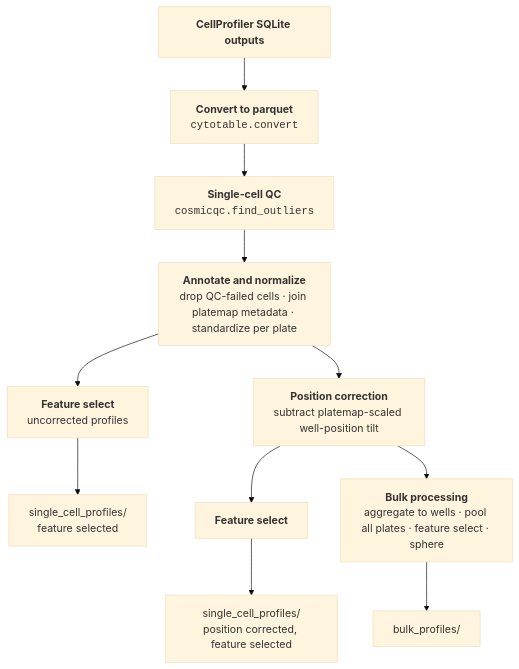
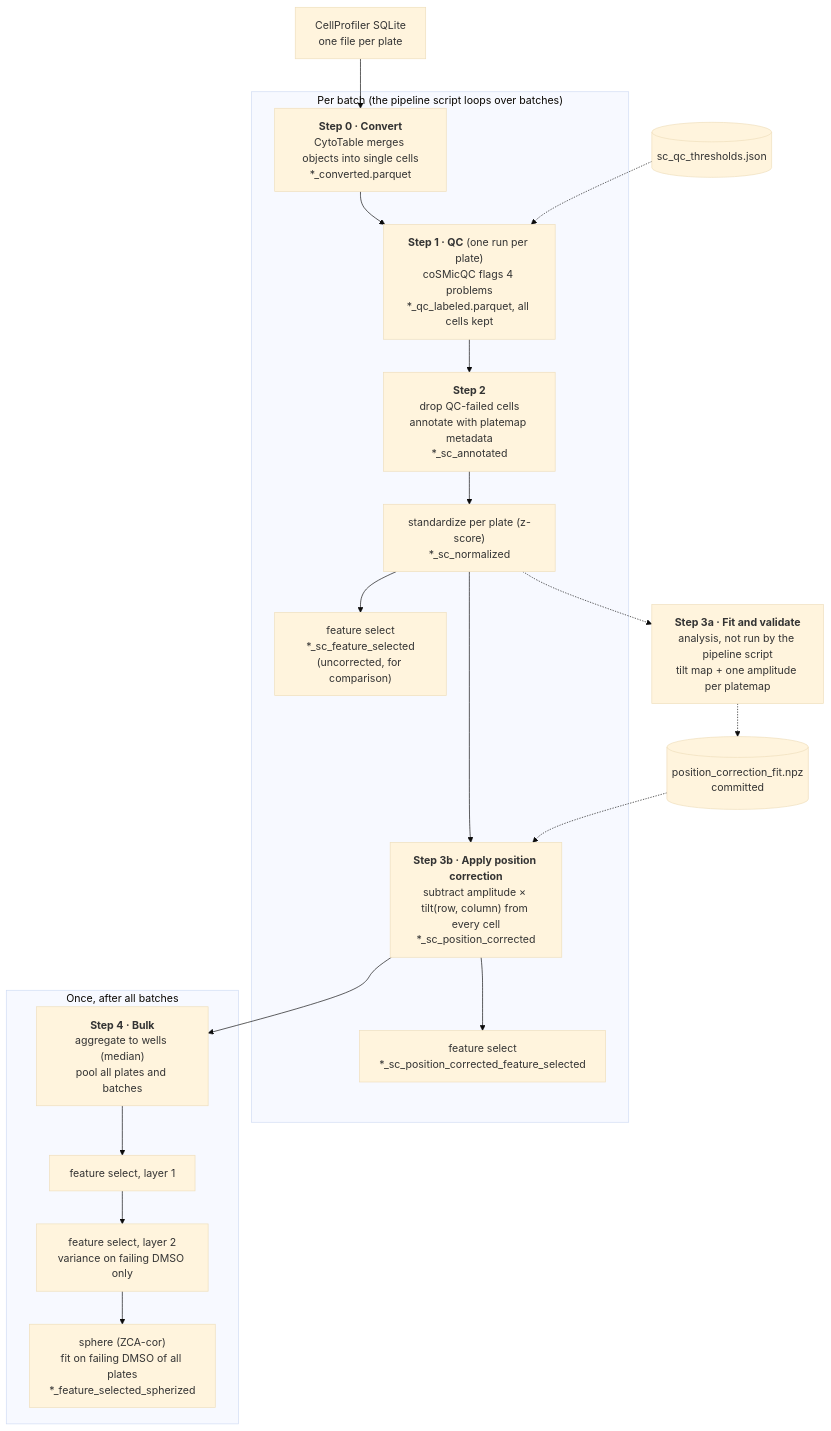
One commit to WayScience/targeted_fibrosis_drug_screen changed the first of 3 diagrams in 3.image_based_profiling/README.md. Above: the diagram before and after it, drawn with Mermaid (base theme). The commit also changed other lines of this file and 7 other files, not shown here.

First line of the commit message:
Pool all plates for bulk feature selection and sphering (#53)

````diff
--- a/3.image_based_profiling/README.md
+++ b/3.image_based_profiling/README.md
@@ -7,13 +7,23 @@
 ```mermaid
 flowchart TD
-    A["<b>CellProfiler SQLite outputs</b>"] --> B["<b>Convert to parquet</b><br/><code>cytotable.convert</code>"]
-    B --> C["<b>Single-cell QC</b><br/><code>cosmicqc.find_outliers</code>"]
-    C --> D["<b>Annotate and normalize</b><br/>drop QC-failed cells · join platemap metadata · standardize per plate"]
-    D --> E["<b>Feature select</b><br/>uncorrected profiles"]
-    E --> F[single_cell_profiles/<br/>feature selected]
-    D --> G["<b>Position correction</b><br/>subtract platemap-scaled well-position tilt"]
-    G --> H["<b>Feature select</b>"]
-    H --> I[single_cell_profiles/<br/>position corrected, feature selected]
-    G --> J["<b>Bulk processing</b><br/>aggregate to wells · pool all plates · feature select · sphere"]
-    J --> K[bulk_profiles/]
+    A["CellProfiler SQLite<br/>one file per plate"] --> S0
+    subgraph batch["Per batch (the pipeline script loops over batches)"]
+        S0["<b>Step 0 · Convert</b><br/>CytoTable merges objects into single cells<br/>*_converted.parquet"] --> S1
+        S1["<b>Step 1 · QC</b> (one run per plate)<br/>coSMicQC flags 4 problems<br/>*_qc_labeled.parquet, all cells kept"]
+        S1 --> S2a["<b>Step 2</b><br/>drop QC-failed cells<br/>annotate with platemap metadata<br/>*_sc_annotated"]
+        S2a --> S2n["standardize per plate (z-score)<br/>*_sc_normalized"]
+        S2n --> S2f["feature select<br/>*_sc_feature_selected<br/>(uncorrected, for comparison)"]
+        S2n --> S3b["<b>Step 3b · Apply position correction</b><br/>subtract amplitude × tilt(row, column) from every cell<br/>*_sc_position_corrected"]
+        S3b --> S3f["feature select<br/>*_sc_position_corrected_feature_selected"]
+    end
+    TH[("sc_qc_thresholds.json")] -.-> S1
+    FIT[("position_correction_fit.npz<br/>committed")] -.-> S3b
+    S2n -.-> S3a["<b>Step 3a · Fit and validate</b><br/>analysis, not run by the pipeline script<br/>tilt map + one amplitude per platemap"]
+    S3a -.-> FIT
+    subgraph once["Once, after all batches"]
+        S4a["<b>Step 4 · Bulk</b><br/>aggregate to wells (median)<br/>pool all plates and batches"] --> S4b["feature select, layer 1"]
+        S4b --> S4c["feature select, layer 2<br/>variance on failing DMSO only"]
+        S4c --> S4d["sphere (ZCA-cor)<br/>fit on failing DMSO of all plates<br/>*_feature_selected_spherized"]
+    end
+    S3b --> S4a
 ```
````
